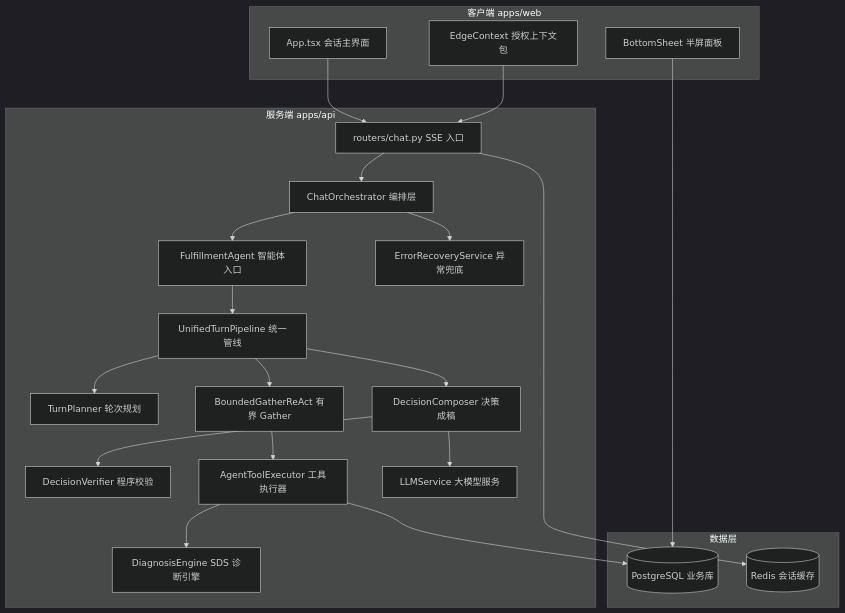
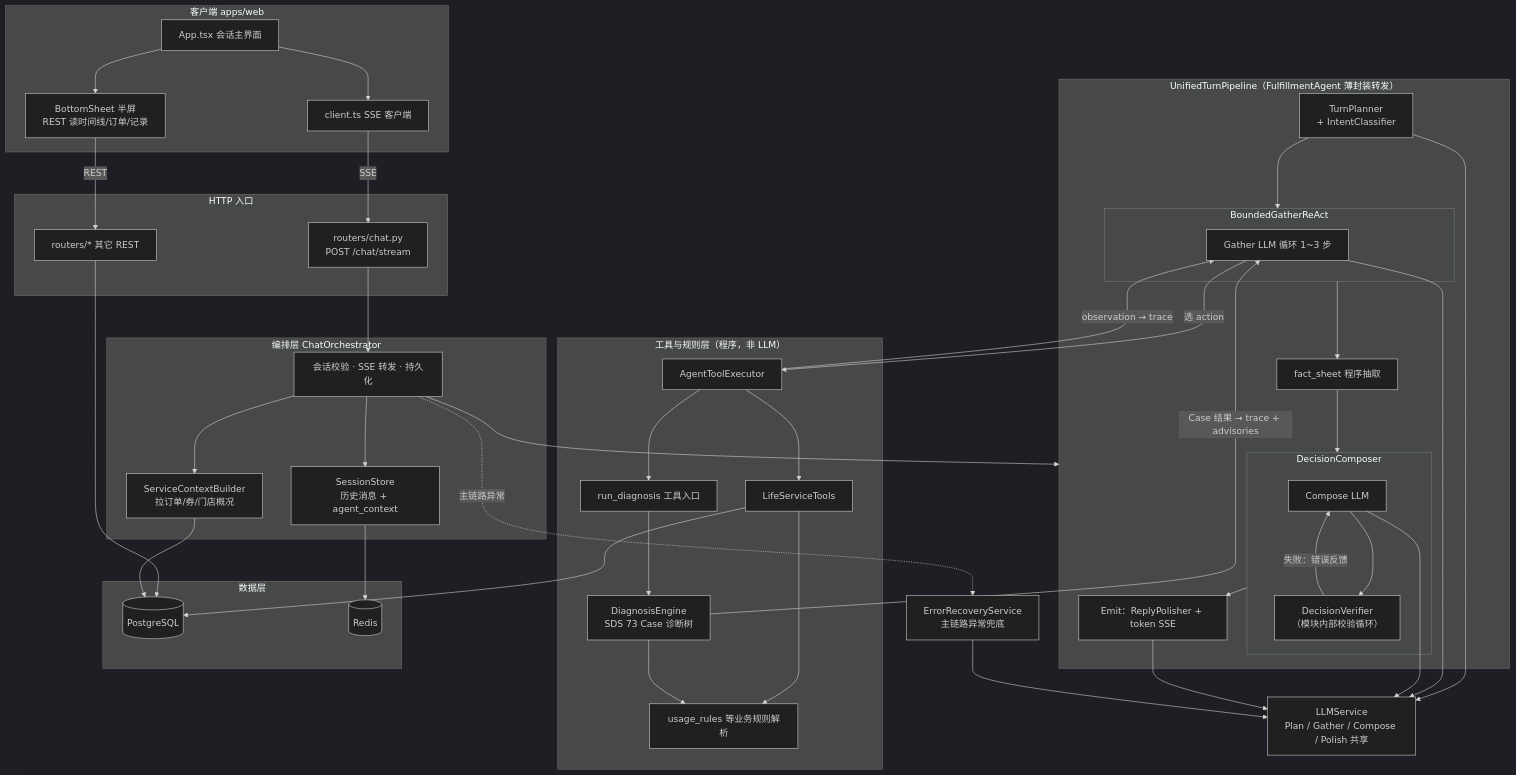
One commit to SheilahZ-2024/vibe_test changed the first of 5 diagrams in docs/ARCHITECTURE.md. Above: the diagram before and after it, drawn with Mermaid (dark theme). The commit also changed other lines of this file and 2 other files, not shown here.

First line of the commit message:
docs: align architecture diagrams and fact_sheet description with code

````diff
--- a/docs/ARCHITECTURE.md
+++ b/docs/ARCHITECTURE.md
@@ -27,45 +29,79 @@
 ```mermaid
 flowchart TB
-  subgraph client ["客户端 apps/web"]
-    UI["App.tsx 会话主界面"]
-    Sheet["BottomSheet 半屏面板"]
-    Edge["EdgeContext 授权上下文包"]
+  subgraph web ["客户端 apps/web"]
+    App["App.tsx 会话主界面"]
+    SSEClient["client.ts SSE 客户端"]
+    Sheet["BottomSheet 半屏<br/>REST 读时间线/订单/记录"]
   end
 
-  subgraph api ["服务端 apps/api"]
-    Chat["routers/chat.py SSE 入口"]
-    Orch["ChatOrchestrator 编排层"]
-    Agent["FulfillmentAgent 智能体入口"]
-    Pipe["UnifiedTurnPipeline 统一管线"]
-    Plan["TurnPlanner 轮次规划"]
-    Gather["BoundedGatherReAct 有界 Gather"]
-    Compose["DecisionComposer 决策成稿"]
-    Verify["DecisionVerifier 程序校验"]
-    Tools["AgentToolExecutor 工具执行器"]
-    DX["DiagnosisEngine SDS 诊断引擎"]
-    Recovery["ErrorRecoveryService 异常兜底"]
-    LLM["LLMService 大模型服务"]
+  subgraph http ["HTTP 入口"]
+    ChatRouter["routers/chat.py<br/>POST /chat/stream"]
+    RestAPI["routers/* 其它 REST"]
   end
 
-  subgraph data ["数据层"]
-    PG[("PostgreSQL 业务库")]
-    RD[("Redis 会话缓存")]
+  subgraph orch ["编排层 ChatOrchestrator"]
+    Orch["会话校验 · SSE 转发 · 持久化"]
+    CtxB["ServiceContextBuilder<br/>拉订单/券/门店概况"]
+    Sess["SessionStore<br/>历史消息 + agent_context"]
   end
 
-  UI --> Chat
-  Edge --> Chat
-  Chat --> Orch
-  Orch --> Agent
-  Agent --> Pipe
-  Pipe --> Plan
-  Pipe --> Gather
-  Gather --> Tools
-  Pipe --> Compose
-  Compose --> Verify
-  Compose --> LLM
-  Tools --> DX
-  Orch --> Recovery
-  Tools --> PG
-  Chat --> RD
-  Sheet --> PG
+  subgraph pipe ["UnifiedTurnPipeline（FulfillmentAgent 薄封装转发）"]
+    Plan["TurnPlanner<br/>+ IntentClassifier"]
+    subgraph gatherBox ["BoundedGatherReAct"]
+      GL["Gather LLM 循环 1~3 步"]
+    end
+    FS["fact_sheet 程序抽取"]
+    subgraph composeBox ["DecisionComposer"]
+      CL["Compose LLM"]
+      Verify["DecisionVerifier<br/>（模块内部校验循环）"]
+      CL --> Verify
+      Verify -->|"失败：错误反馈"| CL
+    end
+    Emit["Emit：ReplyPolisher + token SSE"]
+    Plan --> gatherBox --> FS --> composeBox --> Emit
+  end
+
+  subgraph toolLayer ["工具与规则层（程序，非 LLM）"]
+    Exec["AgentToolExecutor"]
+    LifeTools["LifeServiceTools"]
+    RunDx["run_diagnosis 工具入口"]
+    Rules["usage_rules 等业务规则解析"]
+    SDS["DiagnosisEngine<br/>SDS 73 Case 诊断树"]
+  end
+
+  LLM["LLMService<br/>Plan / Gather / Compose / Polish 共享"]
+
+  subgraph data ["数据层"]
+    PG[("PostgreSQL")]
+    RD[("Redis")]
+  end
+
+  Rec["ErrorRecoveryService<br/>主链路异常兜底"]
+
+  App --> SSEClient
+  App --> Sheet
+  SSEClient -->|"SSE"| ChatRouter
+  Sheet -->|"REST"| RestAPI
+  RestAPI --> PG
+
+  ChatRouter --> Orch
+  Orch --> CtxB --> PG
+  Orch --> Sess --> RD
+  Orch --> pipe
+
+  Plan --> LLM
+  GL --> LLM
+  CL --> LLM
+  Emit --> LLM
+
+  GL -->|"选 action"| Exec
+  Exec --> LifeTools --> PG
+  Exec --> RunDx --> SDS
+  LifeTools --> Rules
+  SDS --> Rules
+  Exec -->|"observation → trace"| GL
+  SDS -->|"Case 结果 → trace + advisories"| GL
+
+  Orch -.->|"主链路异常"| Rec
+  Rec --> LLM
 ```
````
